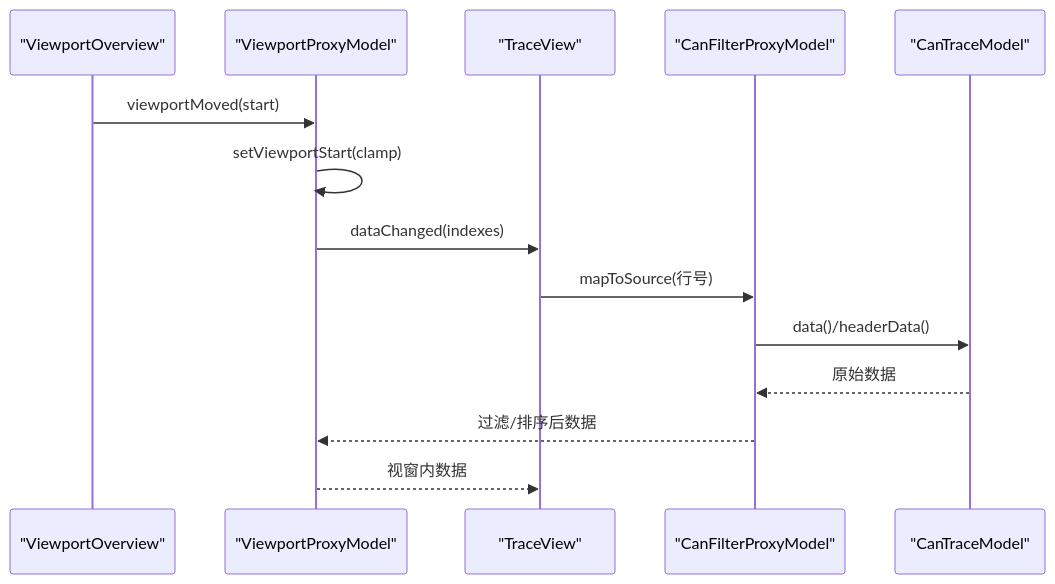
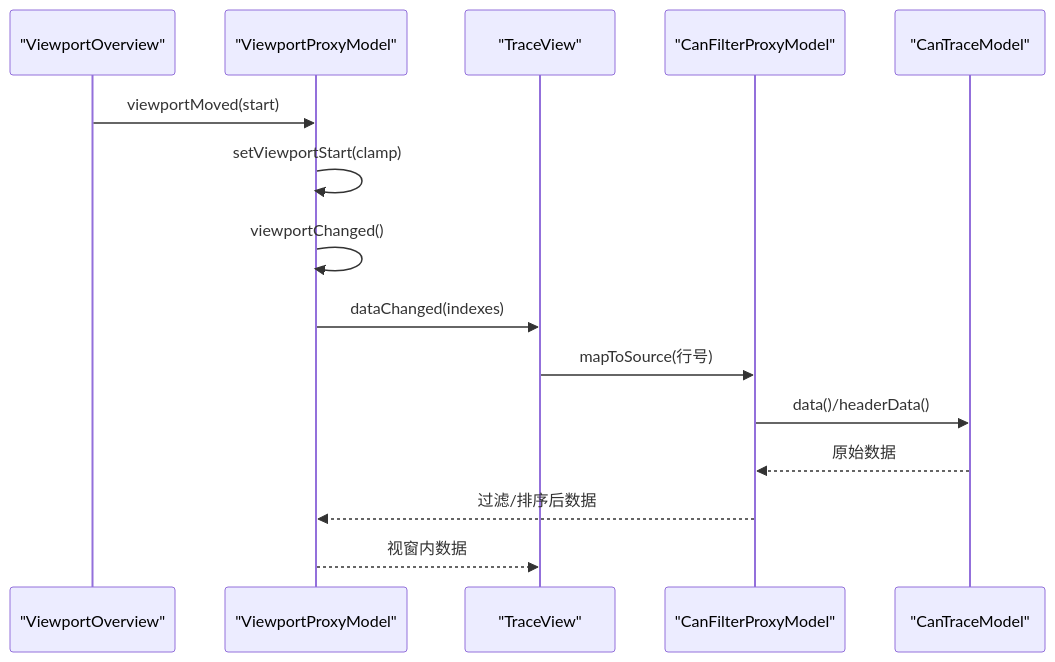
One commit to jakecai1225-design/OpenBus changed the fifth of 6 diagrams in .qoder/repowiki/zh/content/核心模块详解/视口代理模型.md. Above: the diagram before and after it, drawn with Mermaid. The commit also changed other lines of this file and 27 other files, not shown here.

````diff
--- a/.qoder/repowiki/zh/content/核心模块详解/视口代理模型.md
+++ b/.qoder/repowiki/zh/content/核心模块详解/视口代理模型.md
@@ -172,16 +218,17 @@
 ```mermaid
 sequenceDiagram
 participant VO as "ViewportOverview"
 participant VP as "ViewportProxyModel"
 participant TV as "TraceView"
 participant FP as "CanFilterProxyModel"
 participant TM as "CanTraceModel"
 VO->>VP : viewportMoved(start)
 VP->>VP : setViewportStart(clamp)
+VP->>VP : viewportChanged()
 VP->>TV : dataChanged(indexes)
 TV->>FP : mapToSource(行号)
 FP->>TM : data()/headerData()
 TM-->>FP : 原始数据
 FP-->>VP : 过滤/排序后数据
 VP-->>TV : 视窗内数据
 ```
````
